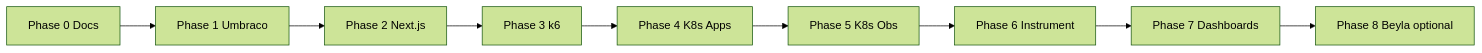
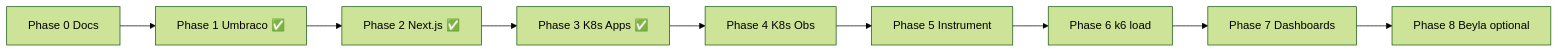
One commit to 1k-off/umbraco-observability-playground changed the diagram in docs/IMPLEMENTATION_PLAN.md. Above: the diagram before and after it, drawn with Mermaid (forest theme). The commit also changed other lines of this file and 126 other files, not shown here.

````diff
--- a/docs/IMPLEMENTATION_PLAN.md
+++ b/docs/IMPLEMENTATION_PLAN.md
@@ -9,11 +9,11 @@
 ```mermaid
 flowchart LR
-  P0[Phase 0 Docs] --> P1[Phase 1 Umbraco]
-  P1 --> P2[Phase 2 Next.js]
-  P2 --> P3[Phase 3 k6]
-  P3 --> P4[Phase 4 K8s Apps]
-  P4 --> P5[Phase 5 K8s Obs]
-  P5 --> P6[Phase 6 Instrument]
+  P0[Phase 0 Docs] --> P1[Phase 1 Umbraco ✅]
+  P1 --> P2[Phase 2 Next.js ✅]
+  P2 --> P3[Phase 3 K8s Apps ✅]
+  P3 --> P4[Phase 4 K8s Obs]
+  P4 --> P5[Phase 5 Instrument]
+  P5 --> P6[Phase 6 k6 load]
   P6 --> P7[Phase 7 Dashboards]
   P7 --> P8[Phase 8 Beyla optional]
 ```
````
